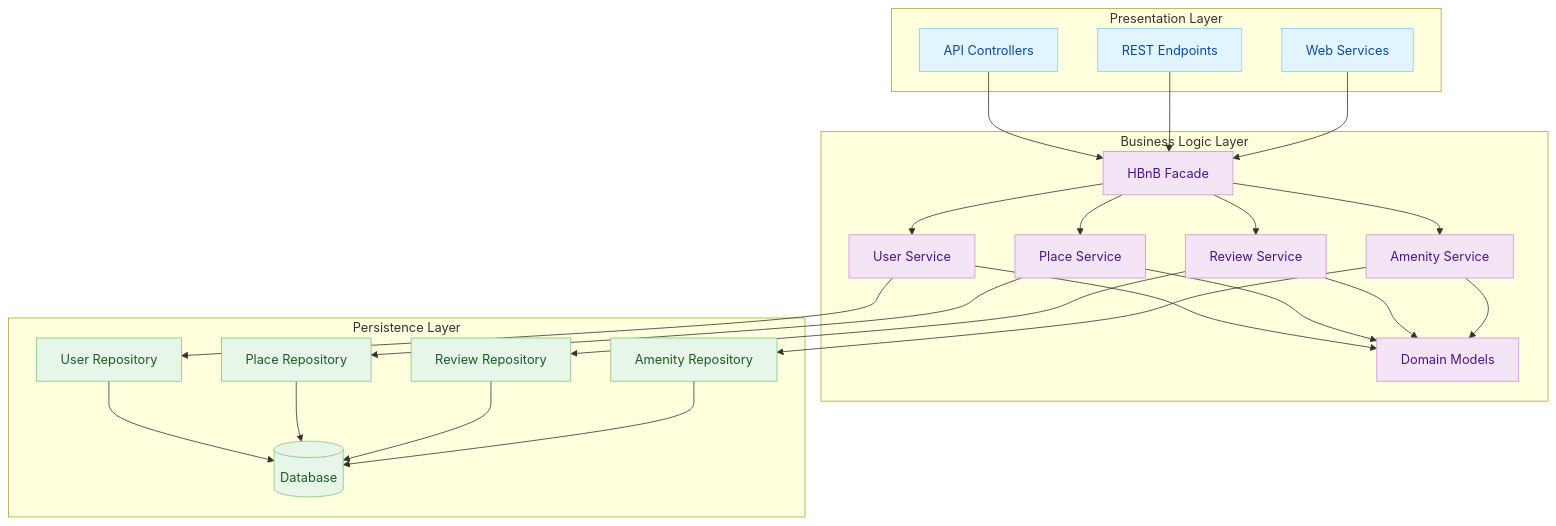
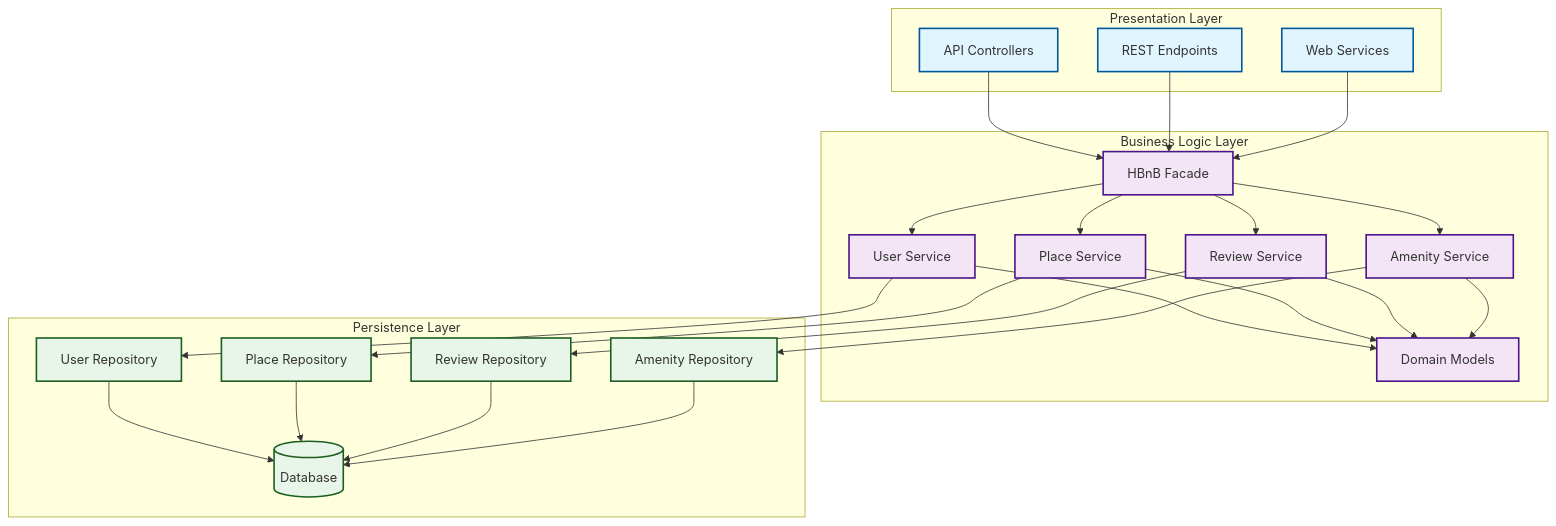
One commit to Lagui117/holbertonschool-hbnb changed the diagram in part1/0-packages.md. Above: the diagram before and after it, drawn with Mermaid. The commit also changed other lines of this file, not shown here.

````diff
--- a/part1/0-packages.md
+++ b/part1/0-packages.md
@@ -3,60 +5,57 @@
 ```mermaid
 graph TB
-    %% ============= LAYERS =============
-    subgraph "Presentation Layer"
+    subgraph Presentation["Presentation Layer"]
         API[API Controllers]
         Endpoints[REST Endpoints]
         Services[Web Services]
     end
     
-    subgraph "Business Logic Layer"
+    subgraph Business["Business Logic Layer"]
         Facade[HBnB Facade]
         UserService[User Service]
         PlaceService[Place Service]
         ReviewService[Review Service]
         AmenityService[Amenity Service]
         Models[Domain Models]
     end
     
-    subgraph "Persistence Layer"
+    subgraph Persistence["Persistence Layer"]
         UserRepo[User Repository]
         PlaceRepo[Place Repository]
         ReviewRepo[Review Repository]
         AmenityRepo[Amenity Repository]
         Database[(Database)]
     end
     
-    %% ============= FLOWS =============
     API --> Facade
     Endpoints --> Facade
     Services --> Facade
     
     Facade --> UserService
     Facade --> PlaceService
     Facade --> ReviewService
     Facade --> AmenityService
     
     UserService --> Models
     PlaceService --> Models
     ReviewService --> Models
     AmenityService --> Models
     
     UserService --> UserRepo
     PlaceService --> PlaceRepo
     ReviewService --> ReviewRepo
     AmenityService --> AmenityRepo
     
     UserRepo --> Database
     PlaceRepo --> Database
     ReviewRepo --> Database
     AmenityRepo --> Database
-
-    %% ============= STYLES (simple, compatibles) =============
-    classDef presentationLayer fill:#e1f5fe,stroke:#90caf9,color:#0d47a1
-    classDef businessLayer fill:#f3e5f5,stroke:#ce93d8,color:#4a148c
-    classDef persistenceLayer fill:#e8f5e9,stroke:#81c784,color:#1b5e20
-
+    
+    classDef presentationLayer fill:#e1f5fe,stroke:#01579b,stroke-width:2px
+    classDef businessLayer fill:#f3e5f5,stroke:#4a148c,stroke-width:2px
+    classDef persistenceLayer fill:#e8f5e9,stroke:#1b5e20,stroke-width:2px
+    
     class API,Endpoints,Services presentationLayer
     class Facade,UserService,PlaceService,ReviewService,AmenityService,Models businessLayer
     class UserRepo,PlaceRepo,ReviewRepo,AmenityRepo,Database persistenceLayer
 ```
````
